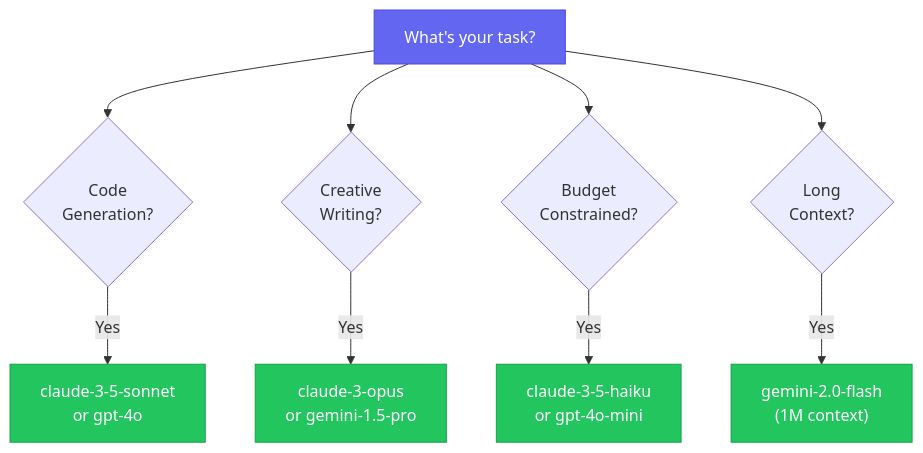
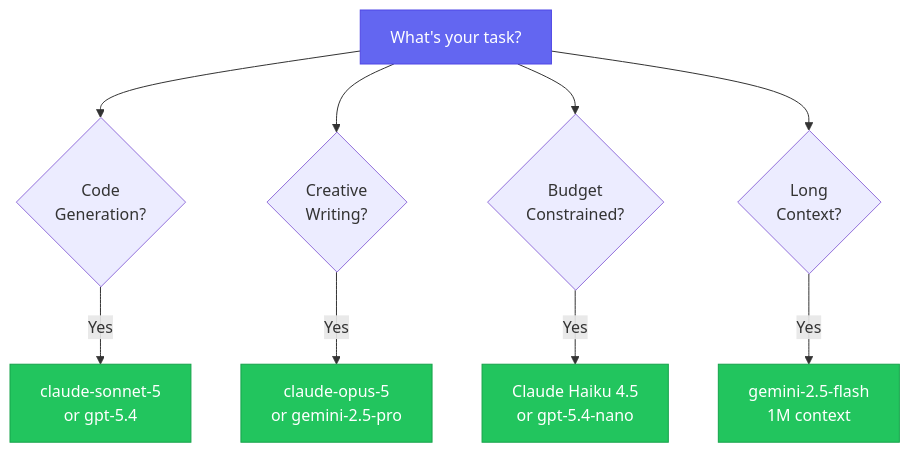
The third of 5 diagrams in _posts/2025-12-30-openrouter-integration-guide.md (juspay/neurolink-blog), drawn with Mermaid before and after one commit. The commit also changed other lines of this file and 172 other files, not shown here.

````diff
--- a/_posts/2025-12-30-openrouter-integration-guide.md
+++ b/_posts/2025-12-30-openrouter-integration-guide.md
@@ -326,18 +325,18 @@
 ```mermaid
 flowchart TD
     START["What's your task?"] --> CODE{"Code<br/>Generation?"}
     START --> CREATIVE{"Creative<br/>Writing?"}
     START --> BUDGET{"Budget<br/>Constrained?"}
     START --> LONG{"Long<br/>Context?"}
 
-    CODE -->|"Yes"| C1["claude-3-5-sonnet<br/>or gpt-4o"]
-    CREATIVE -->|"Yes"| C2["claude-3-opus<br/>or gemini-1.5-pro"]
-    BUDGET -->|"Yes"| C3["claude-3-5-haiku<br/>or gpt-4o-mini"]
-    LONG -->|"Yes"| C4["gemini-2.0-flash<br/>(1M context)"]
+    CODE -->|"Yes"| C1["claude-sonnet-5<br/>or gpt-5.4"]
+    CREATIVE -->|"Yes"| C2["claude-opus-5<br/>or gemini-2.5-pro"]
+    BUDGET -->|"Yes"| C3["Claude Haiku 4.5<br/>or gpt-5.4-nano"]
+    LONG -->|"Yes"| C4["gemini-2.5-flash<br/>1M context"]
 
     style START fill:#6366f1,stroke:#4f46e5,color:#fff
     style C1 fill:#22c55e,stroke:#16a34a,color:#fff
     style C2 fill:#22c55e,stroke:#16a34a,color:#fff
     style C3 fill:#22c55e,stroke:#16a34a,color:#fff
     style C4 fill:#22c55e,stroke:#16a34a,color:#fff
 ```
````
